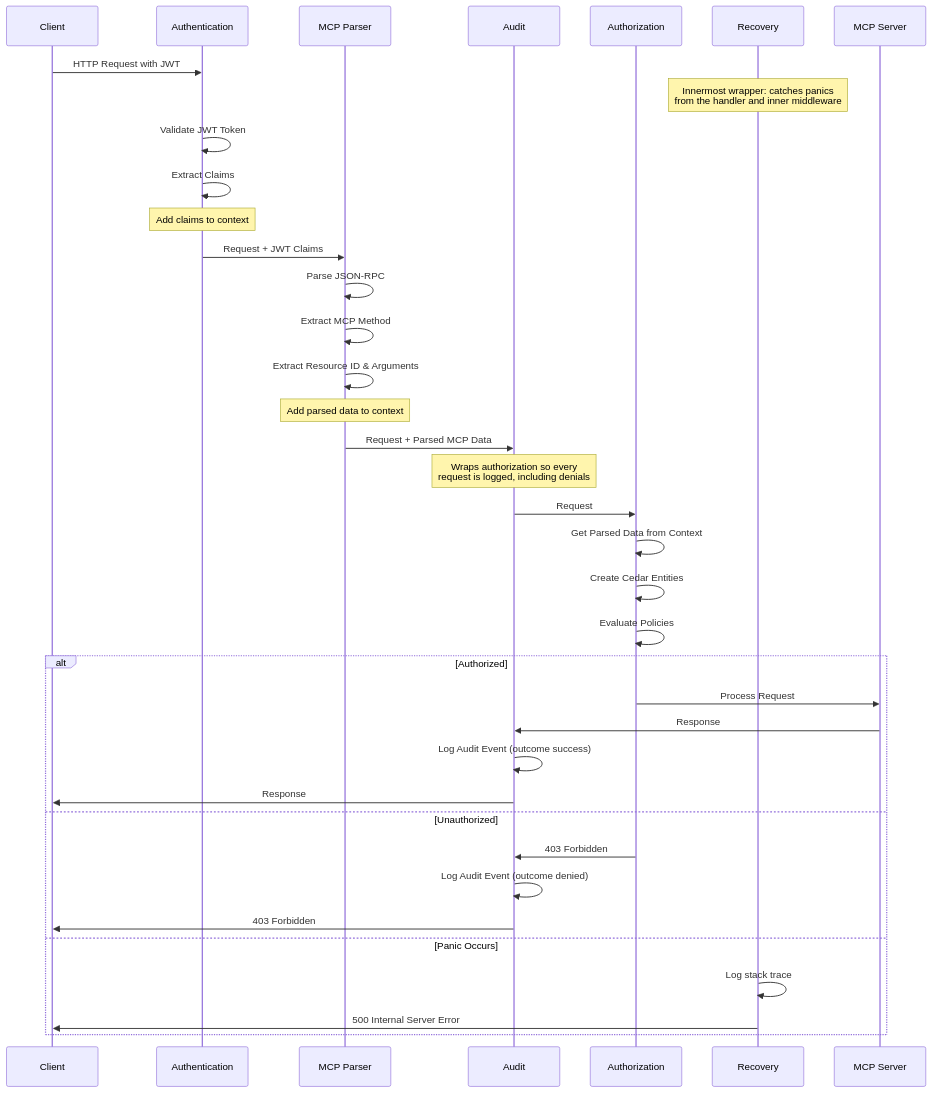
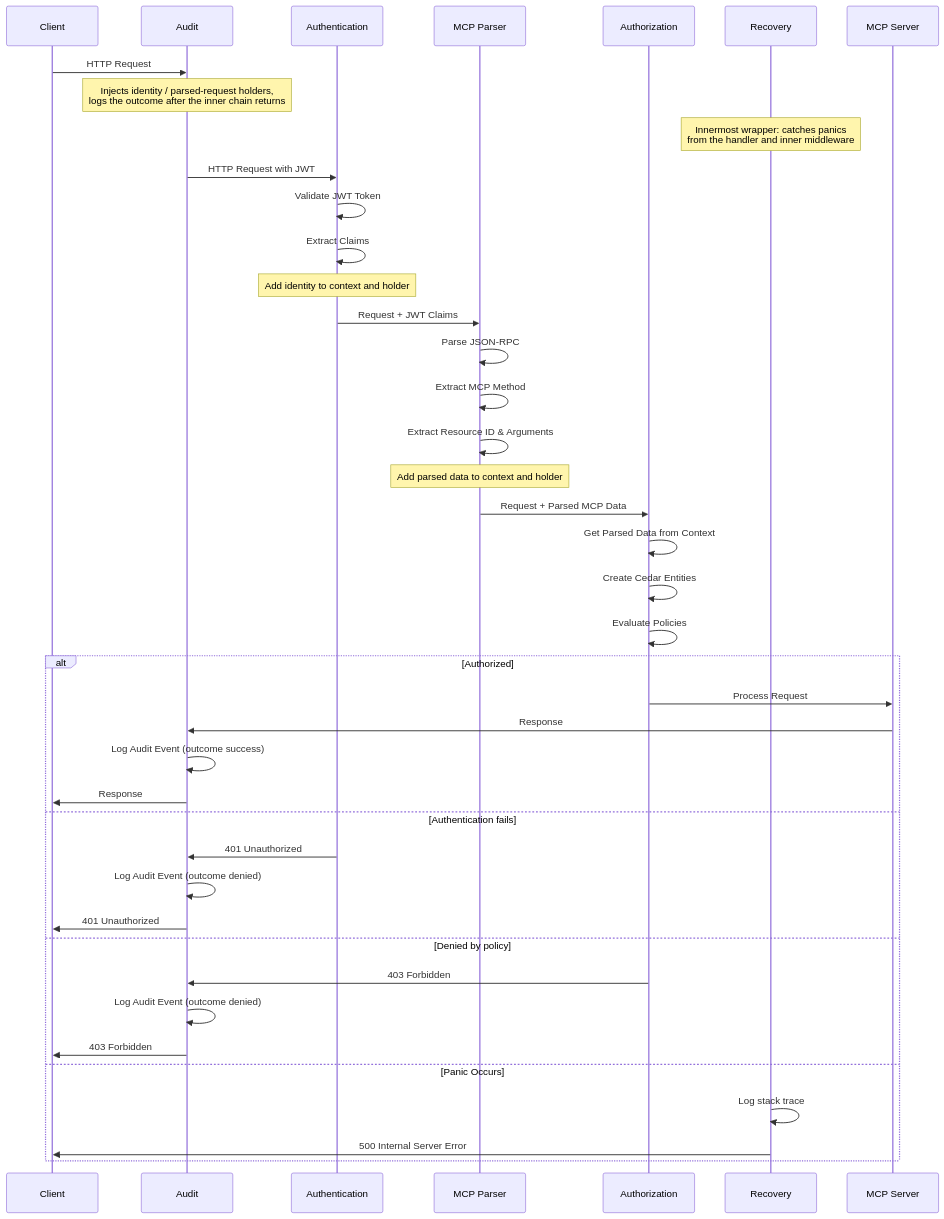
One commit to stacklok/toolhive changed the second of 4 diagrams in docs/middleware.md. Above: the diagram before and after it, drawn with Mermaid. The commit also changed other lines of this file and 13 other files, not shown here.

````diff
--- a/docs/middleware.md
+++ b/docs/middleware.md
@@ -101,44 +102,48 @@
 ```mermaid
 sequenceDiagram
     participant Client
+    participant Audit as Audit
     participant Auth as Authentication
     participant Parser as MCP Parser
-    participant Audit as Audit
     participant Authz as Authorization
     participant Recovery as Recovery
     participant Server as MCP Server
 
-    Client->>Auth: HTTP Request with JWT
+    Client->>Audit: HTTP Request
+    Note over Audit: Injects identity / parsed-request holders,<br/>logs the outcome after the inner chain returns
     Note over Recovery: Innermost wrapper: catches panics<br/>from the handler and inner middleware
+
+    Audit->>Auth: HTTP Request with JWT
     Auth->>Auth: Validate JWT Token
     Auth->>Auth: Extract Claims
-    Note over Auth: Add claims to context
+    Note over Auth: Add identity to context and holder
 
     Auth->>Parser: Request + JWT Claims
     Parser->>Parser: Parse JSON-RPC
     Parser->>Parser: Extract MCP Method
     Parser->>Parser: Extract Resource ID & Arguments
-    Note over Parser: Add parsed data to context
+    Note over Parser: Add parsed data to context and holder
 
-    Parser->>Audit: Request + Parsed MCP Data
-    Note over Audit: Wraps authorization so every<br/>request is logged, including denials
-
-    Audit->>Authz: Request
+    Parser->>Authz: Request + Parsed MCP Data
     Authz->>Authz: Get Parsed Data from Context
     Authz->>Authz: Create Cedar Entities
     Authz->>Authz: Evaluate Policies
 
     alt Authorized
         Authz->>Server: Process Request
         Server->>Audit: Response
         Audit->>Audit: Log Audit Event (outcome success)
         Audit->>Client: Response
-    else Unauthorized
+    else Authentication fails
+        Auth->>Audit: 401 Unauthorized
+        Audit->>Audit: Log Audit Event (outcome denied)
+        Audit->>Client: 401 Unauthorized
+    else Denied by policy
         Authz->>Audit: 403 Forbidden
         Audit->>Audit: Log Audit Event (outcome denied)
         Audit->>Client: 403 Forbidden
     else Panic Occurs
         Recovery->>Recovery: Log stack trace
         Recovery->>Client: 500 Internal Server Error
     end
 ```
````
